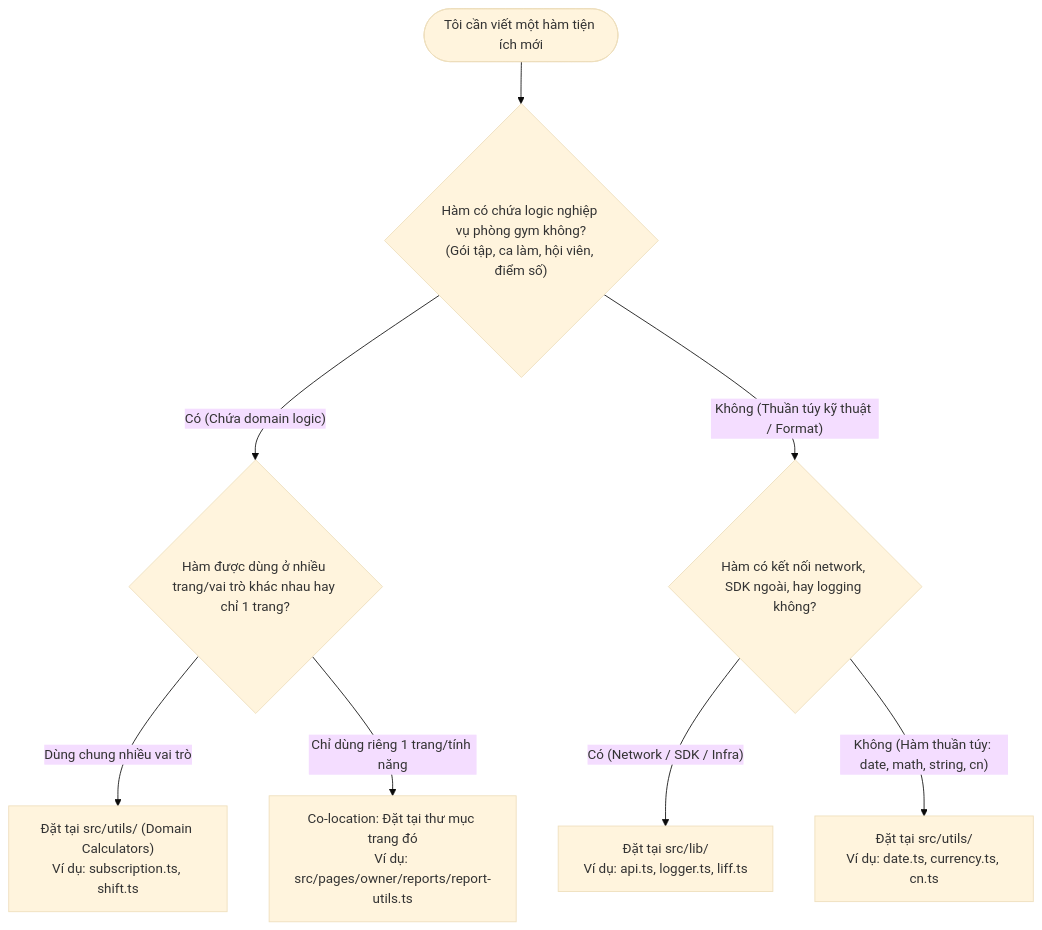
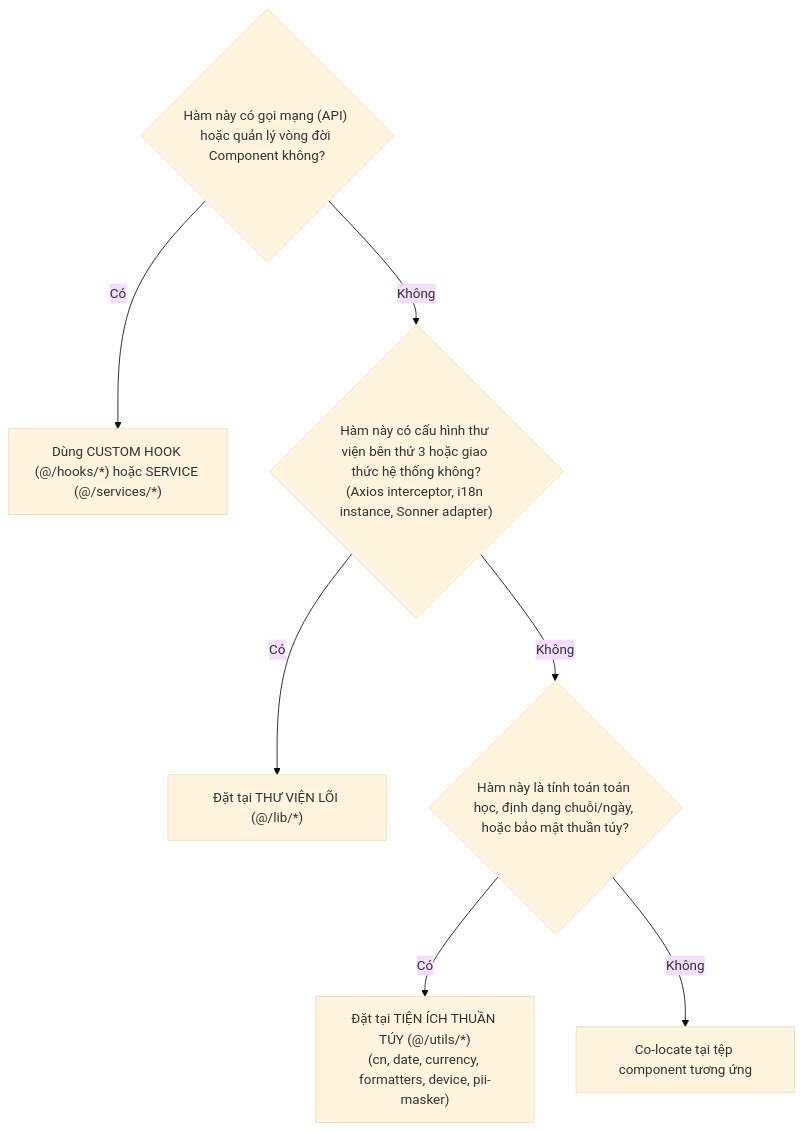
One commit to lethanhan01/Social-network-for-student-Generated-Question-Bank changed the second of 2 diagrams in src/utils/README.md. Above: the diagram before and after it, drawn with Mermaid (base theme). The commit also changed other lines of this file and 6 other files, not shown here.

````diff
--- a/src/utils/README.md
+++ b/src/utils/README.md
@@ -132,12 +172,12 @@
 ```mermaid
 flowchart TD
-    Start(["Tôi cần viết một hàm tiện ích mới"]) --> Q1{"Hàm có chứa logic nghiệp vụ phòng gym không?<br/>(Gói tập, ca làm, hội viên, điểm số)"}
-    
-    Q1 -- "Có (Chứa domain logic)" --> Q2{"Hàm được dùng ở nhiều trang/vai trò khác nhau hay chỉ 1 trang?"}
-    Q2 -- "Dùng chung nhiều vai trò" --> LocDomain["Đặt tại src/utils/ (Domain Calculators)<br/>Ví dụ: subscription.ts, shift.ts"]
-    Q2 -- "Chỉ dùng riêng 1 trang/tính năng" --> LocColocate["Co-location: Đặt tại thư mục trang đó<br/>Ví dụ: src/pages/owner/reports/report-utils.ts"]
-    
-    Q1 -- "Không (Thuần túy kỹ thuật / Format)" --> Q3{"Hàm có kết nối network, SDK ngoài, hay logging không?"}
-    Q3 -- "Có (Network / SDK / Infra)" --> LocLib["Đặt tại src/lib/<br/>Ví dụ: api.ts, logger.ts, liff.ts"]
-    Q3 -- "Không (Hàm thuần túy: date, math, string, cn)" --> LocUtils["Đặt tại src/utils/<br/>Ví dụ: date.ts, currency.ts, cn.ts"]
+    Q1{"Hàm này có gọi mạng (API) hoặc quản lý vòng đời Component không?"}
+    Q1 -- Có --> HOOK["Dùng CUSTOM HOOK (@/hooks/*) hoặc SERVICE (@/services/*)"]
+    Q1 -- Không --> Q2{"Hàm này có cấu hình thư viện bên thứ 3 hoặc giao thức hệ thống không?<br/>(Axios interceptor, i18n instance, Sonner adapter)"}
+
+    Q2 -- Có --> LIB["Đặt tại THƯ VIỆN LÕI (@/lib/*)"]
+    Q2 -- Không --> Q3{"Hàm này là tính toán toán học, định dạng chuỗi/ngày, hoặc bảo mật thuần túy?"}
+
+    Q3 -- Có --> UTILS["Đặt tại TIỆN ÍCH THUẦN TÚY (@/utils/*)<br/>(cn, date, currency, formatters, device, pii-masker)"]
+    Q3 -- Không --> LOCAL["Co-locate tại tệp component tương ứng"]
 ```
````
